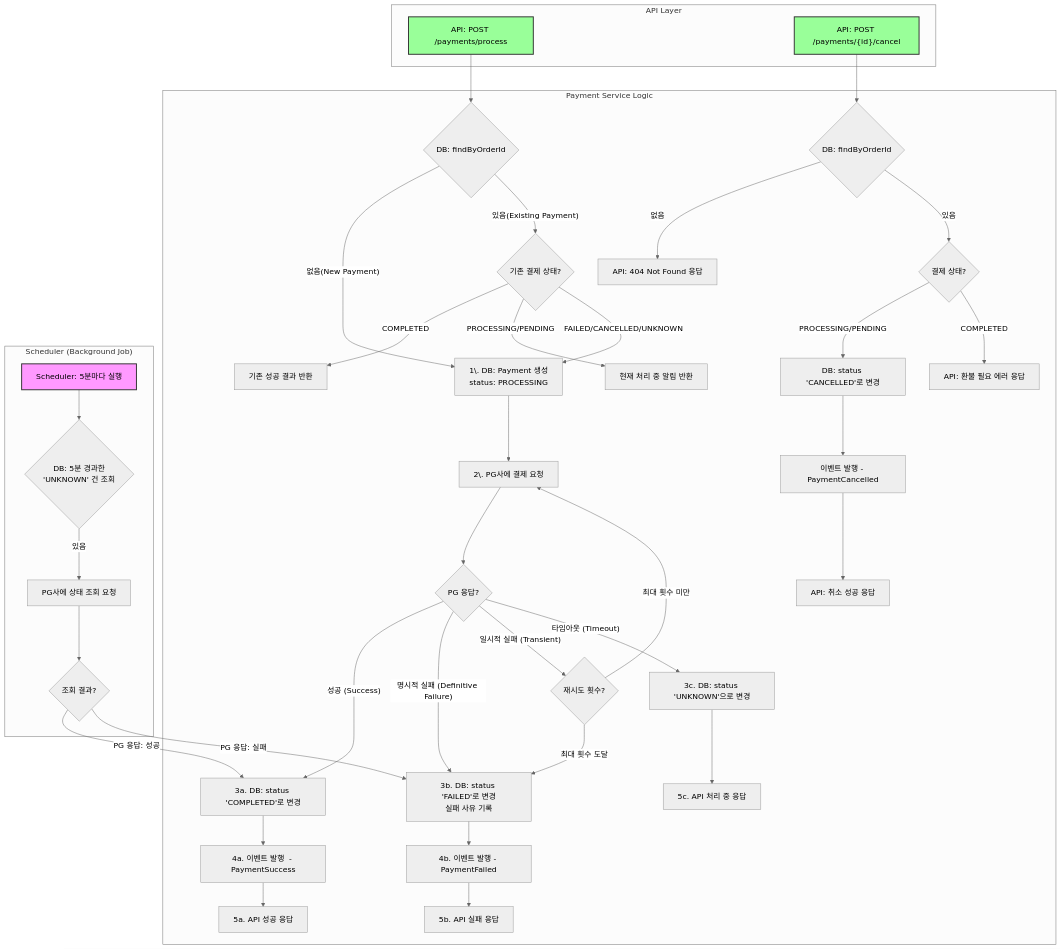
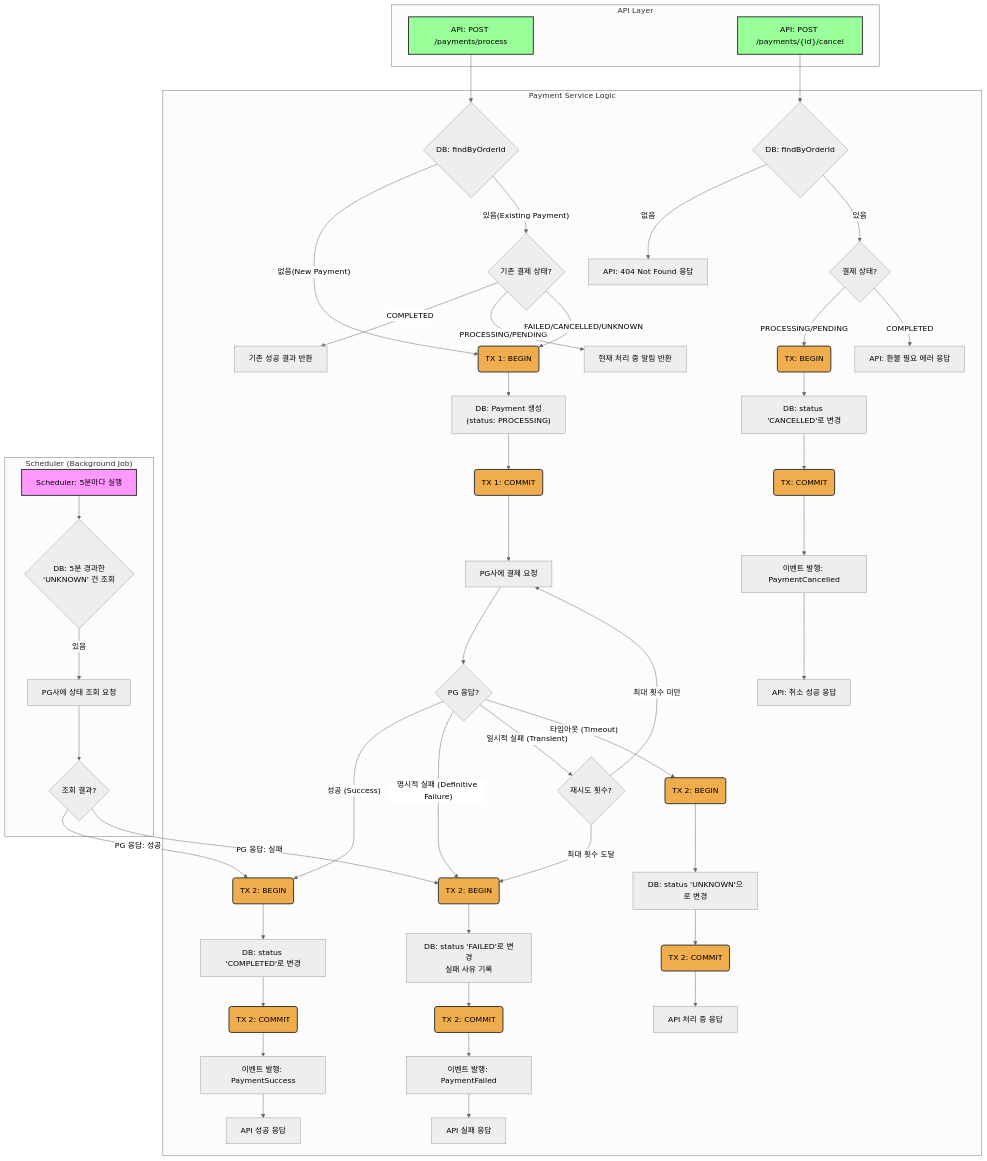
Before and after one commit to Doohwancho/ecommerce_monolith: the first of 10 diagrams in back/4.payment_multi_module/payment_service/readme.md, drawn with Mermaid (neutral theme). The commit also changed other lines of this file and 5 other files, not shown here.

Commit message:
payment: transaction 범위에 pg사 요청 빼고, 스케쥴러로 오래된 PROCESSING 상태인 결제 후처리 로직 추가

````diff
--- a/back/4.payment_multi_module/payment_service/readme.md
+++ b/back/4.payment_multi_module/payment_service/readme.md
@@ -16,63 +85,86 @@
 ```mermaid
 flowchart TD
     subgraph "API Layer"
-        A[API: POST /payments/process]
+        A["API: POST /payments/process"]
         A_Cancel["API: POST /payments/{id}/cancel"]
     end
 
     subgraph "Payment Service Logic"
-        %% Idempotency Check (멱등성 체크)
+        %% Idempotency Check
         A --> B{DB: findByOrderId};
-        B -- 없음(New Payment) --> F[1\. DB: Payment 생성<br>status: PROCESSING];
+        B -- 없음(New Payment) --> F_Begin;
         B -- 있음(Existing Payment) --> C{기존 결제 상태?};
         C -- COMPLETED --> D[기존 성공 결과 반환];
         C -- PROCESSING/PENDING --> E[현재 처리 중 알림 반환];
-        C -- FAILED/CANCELLED/UNKNOWN --> F;
+        C -- FAILED/CANCELLED/UNKNOWN --> F_Begin;
 
-        %% Payment Execution (결제 실행)
-        F --> G[2\. PG사에 결제 요청];
+        %% Transaction 1: Initial Save
+        F_Begin("TX 1: BEGIN") --> F["DB: Payment 생성<br>(status: PROCESSING)"];
+        F --> F_Commit("TX 1: COMMIT");
+
+        %% Payment Execution (No Transaction)
+        F_Commit --> G["PG사에 결제 요청"];
         G --> H{PG 응답?};
 
-        %% Success Path (성공)
-        H -- 성공 (Success) --> I[3a. DB: status 'COMPLETED'로 변경];
-        I --> I_Event[4a. 이벤트 발행  - PaymentSuccess];
-        I_Event --> I_API[5a. API 성공 응답];
+        %% Success Path
+        H -- 성공 (Success) --> I_Begin;
+        I_Begin("TX 2: BEGIN") --> I["DB: status 'COMPLETED'로 변경"];
+        I --> I_Commit("TX 2: COMMIT");
+        I_Commit --> I_Event[이벤트 발행: PaymentSuccess];
+        I_Event --> I_API[API 성공 응답];
 
-        %% Failure Paths (실패)
-        H -- 명시적 실패 (Definitive Failure) --> L[3b. DB: status 'FAILED'로 변경<br>실패 사유 기록];
-        L --> L_Event[4b. 이벤트 발행 - PaymentFailed];
-        L_Event --> L_API[5b. API 실패 응답];
+        %% Failure Paths
+        H -- 명시적 실패 (Definitive Failure) --> L_Begin;
+        L_Begin("TX 2: BEGIN") --> L["DB: status 'FAILED'로 변경<br>실패 사유 기록"];
+        L --> L_Commit("TX 2: COMMIT");
+        L_Commit --> L_Event[이벤트 발행: PaymentFailed];
+        L_Event --> L_API[API 실패 응답];
         
-        %% Transient Failure Path (일시적 실패 - 재시도)
+        %% Transient Failure Path
         H -- 일시적 실패 (Transient) --> O{재시도 횟수?};
         O -- 최대 횟수 미만 --> G;
-        O -- 최대 횟수 도달 --> L;
+        O -- 최대 횟수 도달 --> L_Begin;
 
-        %% Timeout Path (타임아웃)
-        H -- 타임아웃 (Timeout) --> P[3c. DB: status 'UNKNOWN'으로 변경];
-        P --> P_API[5c. API 처리 중 응답];
+        %% Timeout Path
+        H -- 타임아웃 (Timeout) --> P_Begin;
+        P_Begin("TX 2: BEGIN") --> P["DB: status 'UNKNOWN'으로 변경"];
+        P --> P_Commit("TX 2: COMMIT");
+        P_Commit --> P_API[API 처리 중 응답];
         
-        %% Cancellation Path (결제 취소)
+        %% Cancellation Path
         A_Cancel --> W{DB: findByOrderId};
         W -- 없음 --> W_Fail[API: 404 Not Found 응답];
         W -- 있음 --> X{결제 상태?};
-        X -- PROCESSING/PENDING --> Y[DB: status 'CANCELLED'로 변경];
-        Y --> Y_Event[이벤트 발행 - PaymentCancelled];
+        X -- PROCESSING/PENDING --> Y_Begin;
+        Y_Begin("TX: BEGIN") --> Y["DB: status 'CANCELLED'로 변경"];
+        Y --> Y_Commit("TX: COMMIT");
+        Y_Commit --> Y_Event[이벤트 발행: PaymentCancelled];
         Y_Event --> Y_API[API: 취소 성공 응답];
         X -- COMPLETED --> X_Fail[API: 환불 필요 에러 응답];
     end
 
     subgraph "Scheduler (Background Job)"
-        %% Reconciliation Job (상태 동기화 스케줄러)
-        R[Scheduler: 5분마다 실행] --> S{DB: 5분 경과한<br>'UNKNOWN' 건 조회};
+        R[Scheduler: 5분마다 실행] --> S{"DB: 5분 경과한<br>'UNKNOWN' 건 조회"};
         S -- 있음 --> T[PG사에 상태 조회 요청];
         T --> U{조회 결과?};
-        U -- PG 응답: 성공 --> I;
-        U -- PG 응답: 실패 --> L;
+        %% Scheduler's update also uses transactions
+        U -- PG 응답: 성공 --> I_Begin;
+        U -- PG 응답: 실패 --> L_Begin;
     end
 
     %% Styling
     style A fill:#9f9,stroke:#333,stroke-width:2px
     style A_Cancel fill:#9f9,stroke:#333,stroke-width:2px
     style R fill:#f9f,stroke:#333,stroke-width:2px
+    %% Styling for Transaction Nodes
+    style F_Begin fill:#f0ad4e,stroke:#333,stroke-width:2px
+    style F_Commit fill:#f0ad4e,stroke:#333,stroke-width:2px
+    style I_Begin fill:#f0ad4e,stroke:#333,stroke-width:2px
+    style I_Commit fill:#f0ad4e,stroke:#333,stroke-width:2px
+    style L_Begin fill:#f0ad4e,stroke:#333,stroke-width:2px
+    style L_Commit fill:#f0ad4e,stroke:#333,stroke-width:2px
+    style P_Begin fill:#f0ad4e,stroke:#333,stroke-width:2px
+    style P_Commit fill:#f0ad4e,stroke:#333,stroke-width:2px
+    style Y_Begin fill:#f0ad4e,stroke:#333,stroke-width:2px
+    style Y_Commit fill:#f0ad4e,stroke:#333,stroke-width:2px
 ```
````
